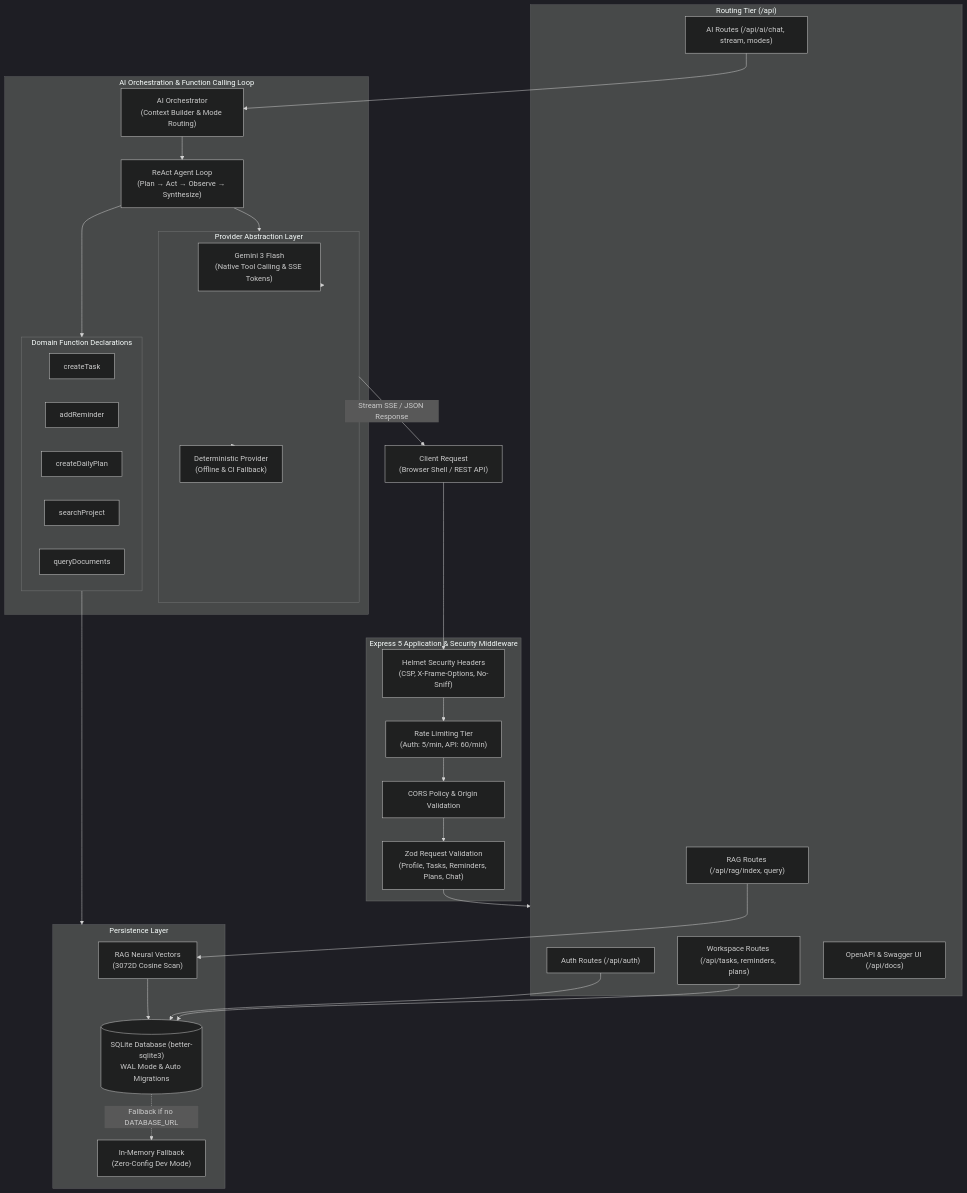
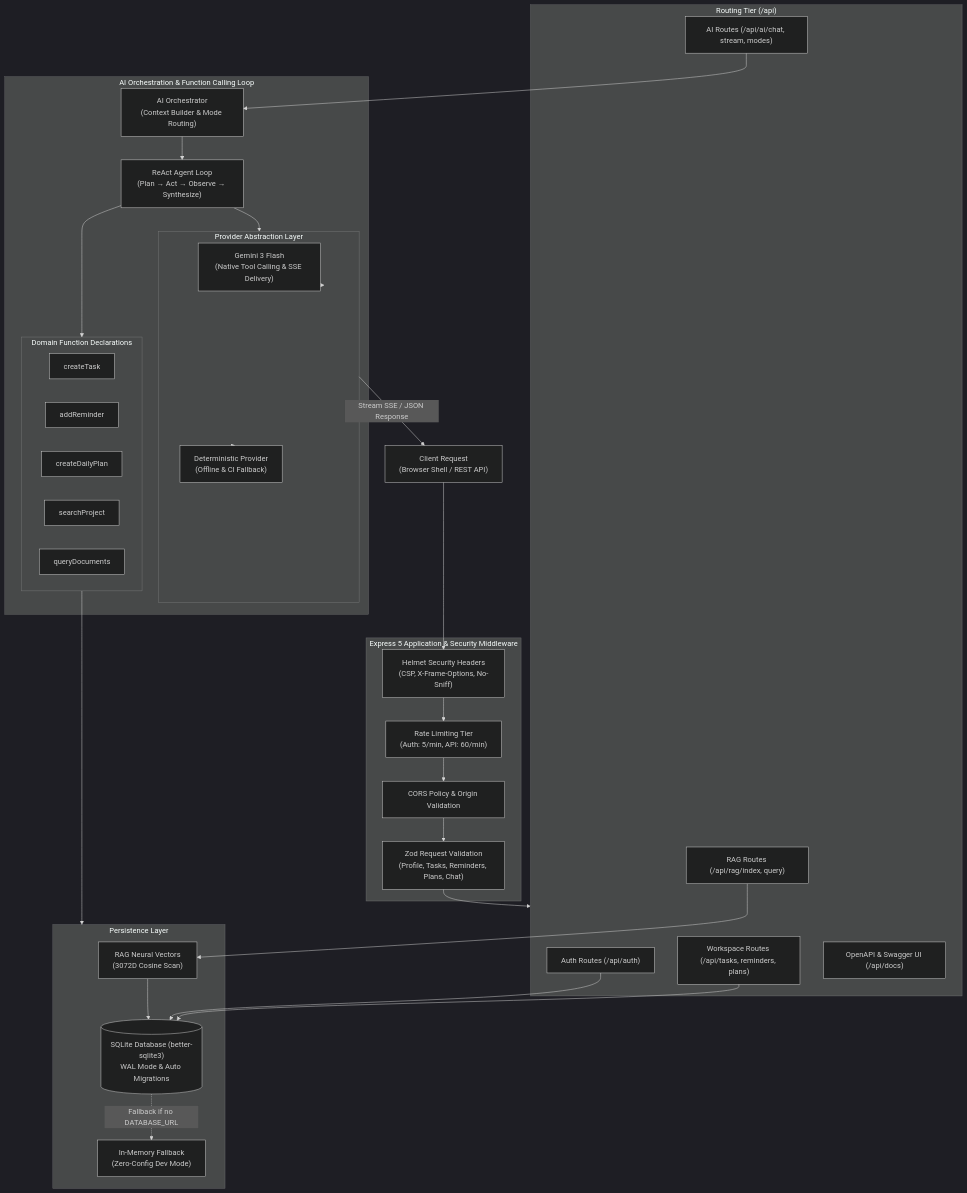
The diagram in README.md (umeshkumar-git/lavoro), drawn with Mermaid (dark theme) before and after one commit. The commit also changed other lines of this file and 7 other files, not shown here.

Commit message:
docs: fix local file URLs, clarify benchmark test conditions, and document SSE chunked delivery

````diff
--- a/README.md
+++ b/README.md
@@ -43,65 +43,65 @@
 ```mermaid
 flowchart TD
     Client["Client Request<br/>(Browser Shell / REST API)"]
     
     subgraph ExpressLayer ["Express 5 Application & Security Middleware"]
         Helmet["Helmet Security Headers<br/>(CSP, X-Frame-Options, No-Sniff)"]
         RateLimit["Rate Limiting Tier<br/>(Auth: 5/min, API: 60/min)"]
         Cors["CORS Policy & Origin Validation"]
         ZodValidation["Zod Request Validation<br/>(Profile, Tasks, Reminders, Plans, Chat)"]
     end
 
     subgraph RoutingLayer ["Routing Tier (/api)"]
         AuthRoute["Auth Routes (/api/auth)"]
         WorkspaceRoute["Workspace Routes (/api/tasks, reminders, plans)"]
         AIRoute["AI Routes (/api/ai/chat, stream, modes)"]
         RAGRoute["RAG Routes (/api/rag/index, query)"]
         DocsRoute["OpenAPI & Swagger UI (/api/docs)"]
     end
 
     subgraph AgentLoopLayer ["AI Orchestration & Function Calling Loop"]
         Orchestrator["AI Orchestrator<br/>(Context Builder & Mode Routing)"]
         Loop["ReAct Agent Loop<br/>(Plan → Act → Observe → Synthesize)"]
         
         subgraph ToolDeclarations ["Domain Function Declarations"]
             T1["createTask"]
             T2["addReminder"]
             T3["createDailyPlan"]
             T4["searchProject"]
             T5["queryDocuments"]
         end
 
         subgraph ModelProviders ["Provider Abstraction Layer"]
-            Gemini["Gemini 3 Flash<br/>(Native Tool Calling & SSE Tokens)"]
+            Gemini["Gemini 3 Flash<br/>(Native Tool Calling & SSE Delivery)"]
             DemoFallback["Deterministic Provider<br/>(Offline & CI Fallback)"]
         end
     end
 
     subgraph PersistenceLayer ["Persistence Layer"]
         SQLite[("SQLite Database (better-sqlite3)<br/>WAL Mode & Auto Migrations")]
         VectorStore["RAG Neural Vectors<br/>(3072D Cosine Scan)"]
         InMemory["In-Memory Fallback<br/>(Zero-Config Dev Mode)"]
     end
 
     Client --> Helmet
     Helmet --> RateLimit
     RateLimit --> Cors
     Cors --> ZodValidation
     ZodValidation --> RoutingLayer
 
     AIRoute --> Orchestrator
     Orchestrator --> Loop
     Loop --> ToolDeclarations
     Loop --> ModelProviders
     ModelProviders --> Gemini
     ModelProviders --> DemoFallback
 
     ToolDeclarations --> PersistenceLayer
     AuthRoute --> SQLite
     WorkspaceRoute --> SQLite
     RAGRoute --> VectorStore
     VectorStore --> SQLite
     SQLite -.->|Fallback if no DATABASE_URL| InMemory
 
     ModelProviders -->|Stream SSE / JSON Response| Client
 ```
````
